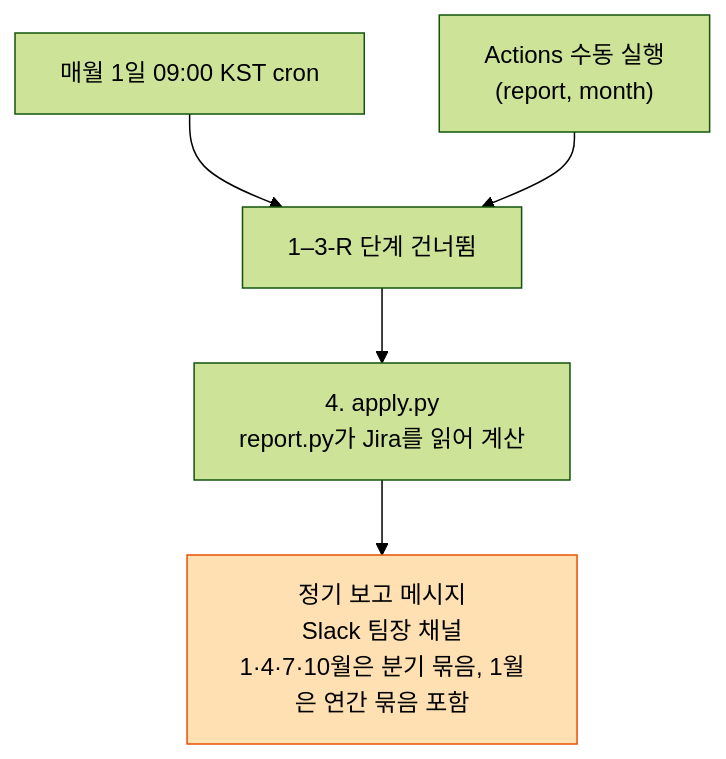
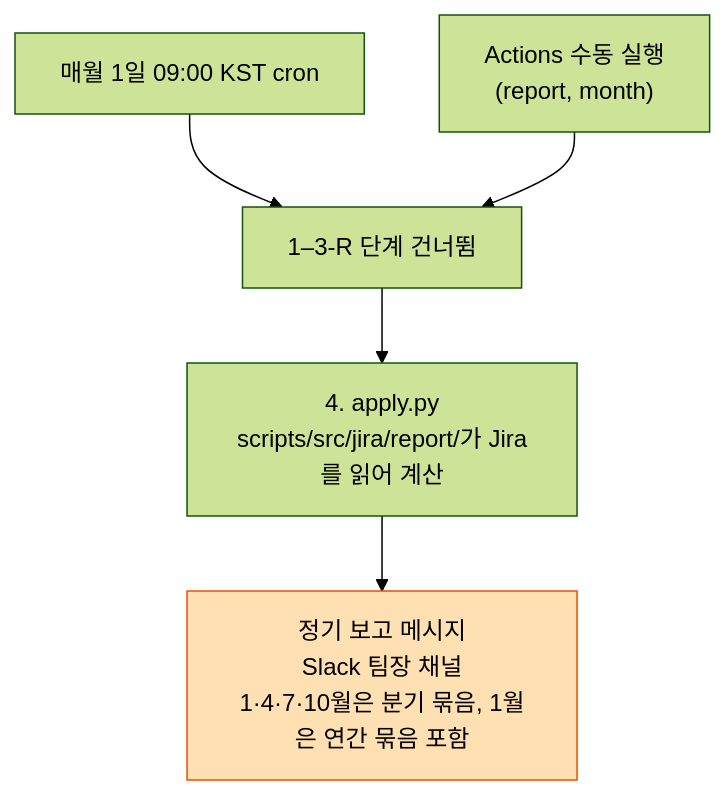
The fourth of 5 diagrams in docs/jira-doc-agent/README.md (everex-ai/.github), drawn with Mermaid (forest theme) before and after one commit. The commit also changed other lines of this file and 73 other files, not shown here.

First line of the commit message:
refactor(jira-doc): 스크립트 정의를 scripts/src/ 기능별 모듈로 분리

````diff
--- a/docs/jira-doc-agent/README.md
+++ b/docs/jira-doc-agent/README.md
@@ -531,9 +531,9 @@
 ```mermaid
 flowchart TD
     A1["매월 1일 09:00 KST cron"] --> R
     A2["Actions 수동 실행<br>(report, month)"] --> R
-    R["1–3-R 단계 건너뜀"] --> J["4. apply.py<br>report.py가 Jira를 읽어 계산"]
+    R["1–3-R 단계 건너뜀"] --> J["4. apply.py<br>scripts/src/jira/report/가 Jira를 읽어 계산"]
     J --> M["정기 보고 메시지<br>Slack 팀장 채널<br>1·4·7·10월은 분기 묶음, 1월은 연간 묶음 포함"]
     classDef alert fill:#ffe0b2,stroke:#e65100,color:#000
     class M alert
 ```
````
